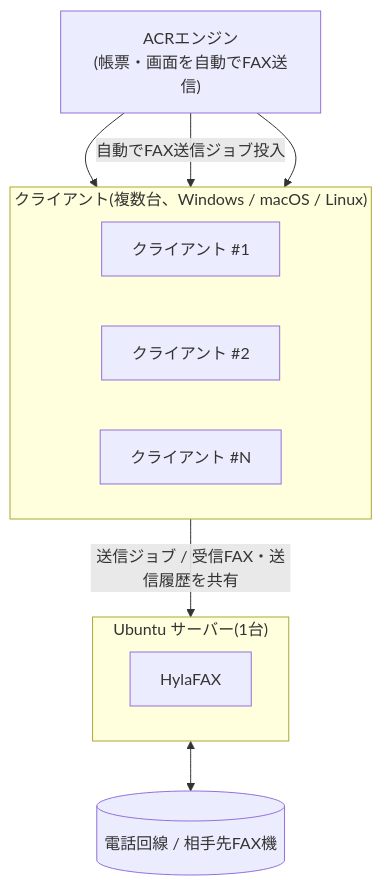
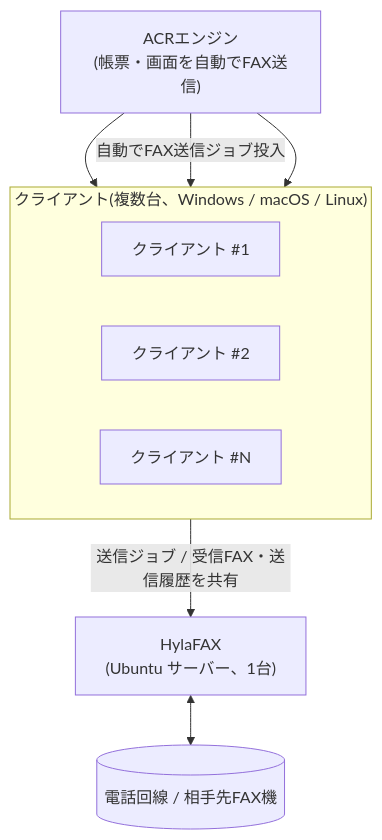
Before and after one commit to acrossreport/acr-fax: the diagram in README.md, drawn with Mermaid. The commit also changed other lines of this file, not shown here.

Commit message:
README: 冒頭の説明文を書き直し、図の間延びを解消
- 冒頭をACR FAXの目的(ACR帳票エンジン+HylaFAXによる外部システム連携、画面キャプチャ/Office/PDF送信)の説明に変更
- サーバーのsubgraphラッピングをやめ単一ノードにし、Cli→HFの接続もC2(中央クライアント)起点に変更して縦方向の余白を削減

````diff
--- a/README.md
+++ b/README.md
@@ -26,23 +28,20 @@
 ```mermaid
 flowchart TB
     ACR["ACRエンジン<br/>(帳票・画面を自動でFAX送信)"]
 
     subgraph Cli["クライアント(複数台、Windows / macOS / Linux)"]
         direction LR
         C1["クライアント #1"]
         C2["クライアント #2"]
         C3["クライアント #N"]
     end
 
-    subgraph Srv["Ubuntu サーバー(1台)"]
-        HF["HylaFAX"]
-    end
-
+    HF["HylaFAX<br/>(Ubuntu サーバー、1台)"]
     PSTN[("電話回線 / 相手先FAX機")]
 
     ACR --> C1
     ACR -- "自動でFAX送信ジョブ投入" --> C2
     ACR --> C3
-    Cli -- "送信ジョブ / 受信FAX・送信履歴を共有" --> Srv
-    Srv <--> PSTN
+    C2 -- "送信ジョブ / 受信FAX・送信履歴を共有" --> HF
+    HF <--> PSTN
 ```
````
